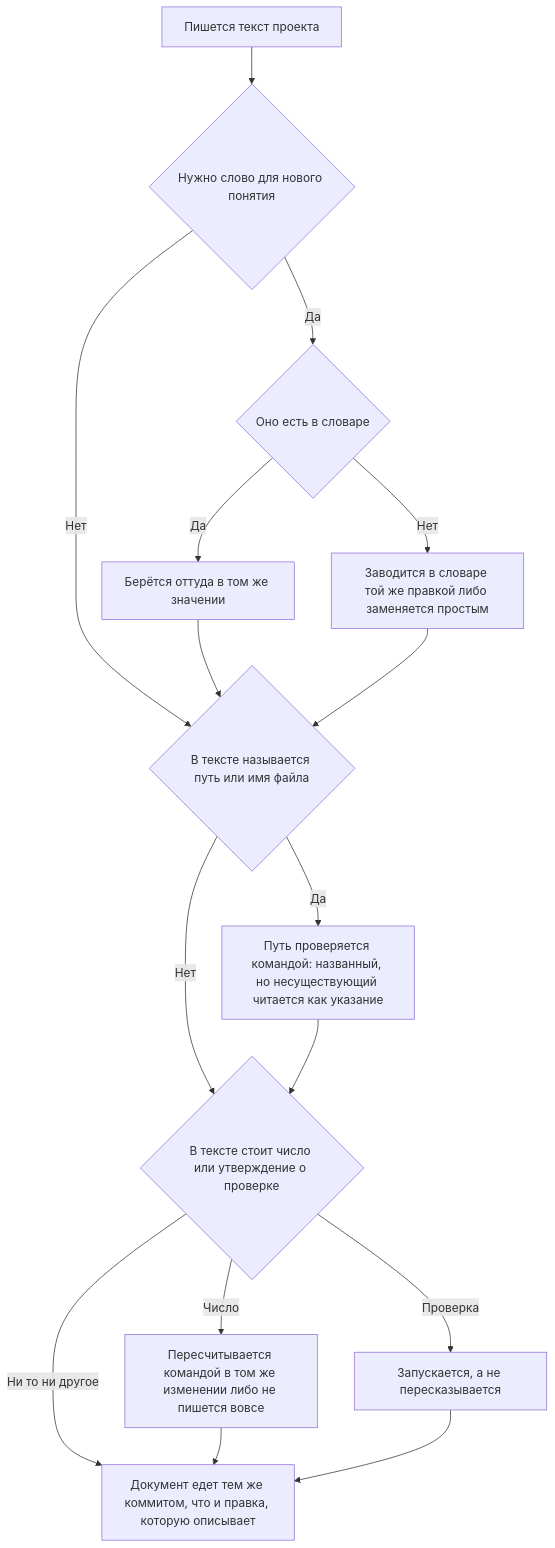
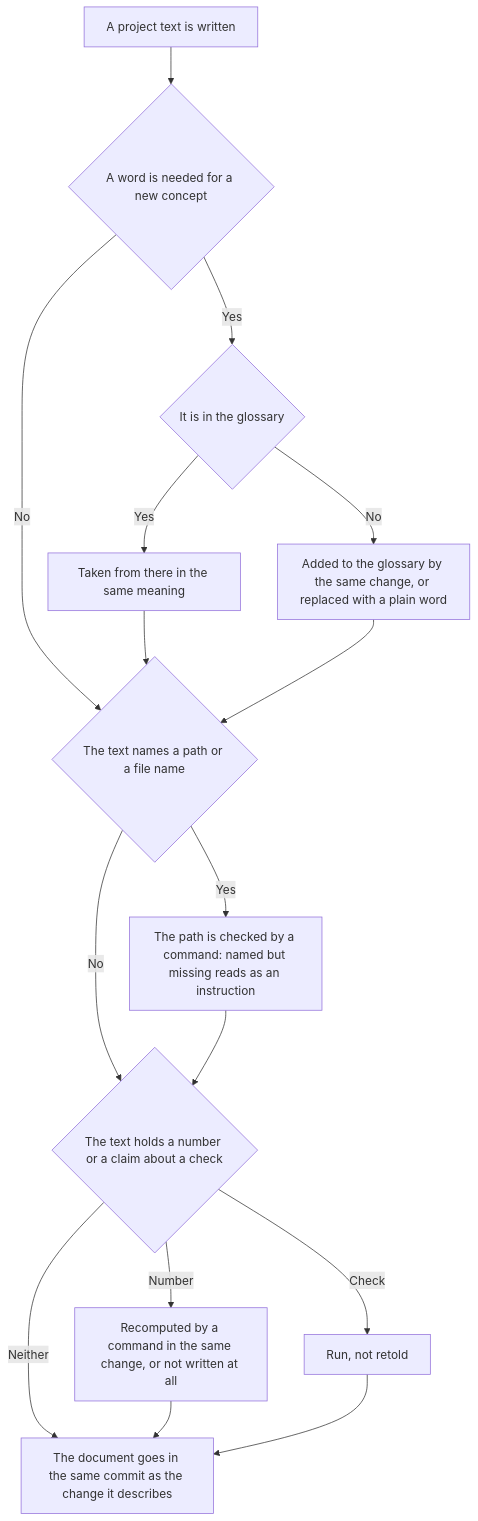
Before and after one commit to Eyhenij/rt-tools: the diagram in .claude/skills/doc-style/SKILL.md, drawn with Mermaid. The commit also changed other lines of this file and 71 other files, not shown here.

````diff
--- a/.claude/skills/doc-style/SKILL.md
+++ b/.claude/skills/doc-style/SKILL.md
@@ -39,18 +38,18 @@
 ```mermaid
 flowchart TD
-    A[Пишется текст проекта] --> B{Нужно слово для нового понятия}
-    B -->|Да| C{Оно есть в словаре}
-    C -->|Да| D[Берётся оттуда в том же значении]
-    C -->|Нет| E[Заводится в словаре той же правкой либо заменяется простым]
-    B -->|Нет| F{В тексте называется путь или имя файла}
+    A[A project text is written] --> B{A word is needed for a new concept}
+    B -->|Yes| C{It is in the glossary}
+    C -->|Yes| D[Taken from there in the same meaning]
+    C -->|No| E[Added to the glossary by the same change, or replaced with a plain word]
+    B -->|No| F{The text names a path or a file name}
     D --> F
     E --> F
-    F -->|Да| G[Путь проверяется командой: названный, но несуществующий читается как указание]
-    F -->|Нет| H{В тексте стоит число или утверждение о проверке}
+    F -->|Yes| G[The path is checked by a command: named but missing reads as an instruction]
+    F -->|No| H{The text holds a number or a claim about a check}
     G --> H
-    H -->|Число| I[Пересчитывается командой в том же изменении либо не пишется вовсе]
-    H -->|Проверка| J[Запускается, а не пересказывается]
-    H -->|Ни то ни другое| K[Документ едет тем же коммитом, что и правка, которую описывает]
+    H -->|Number| I[Recomputed by a command in the same change, or not written at all]
+    H -->|Check| J[Run, not retold]
+    H -->|Neither| K[The document goes in the same commit as the change it describes]
     I --> K
     J --> K
 ```
````
